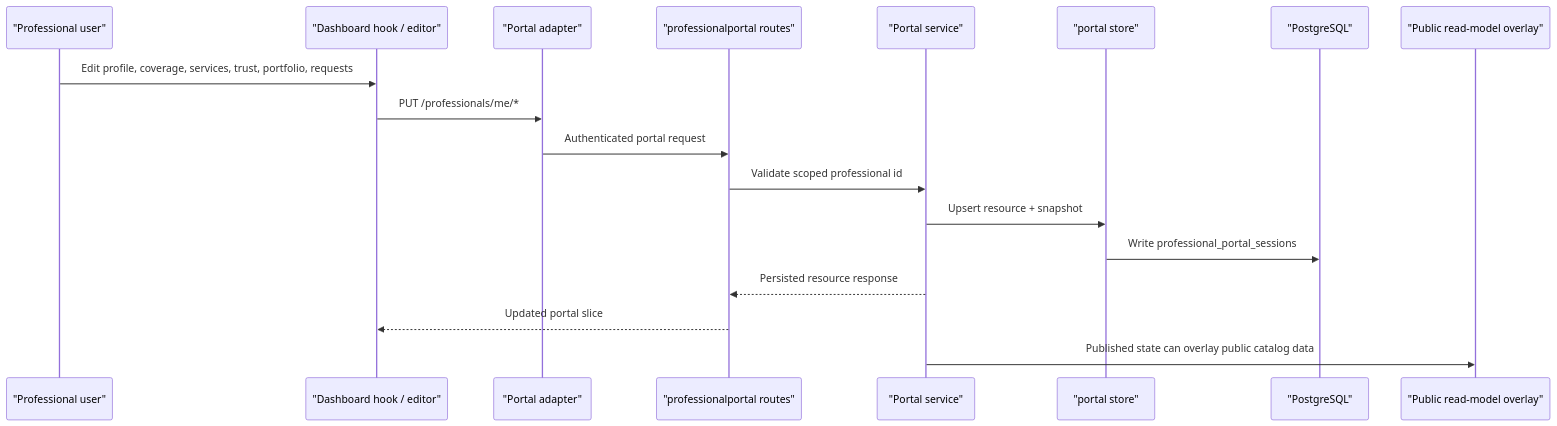
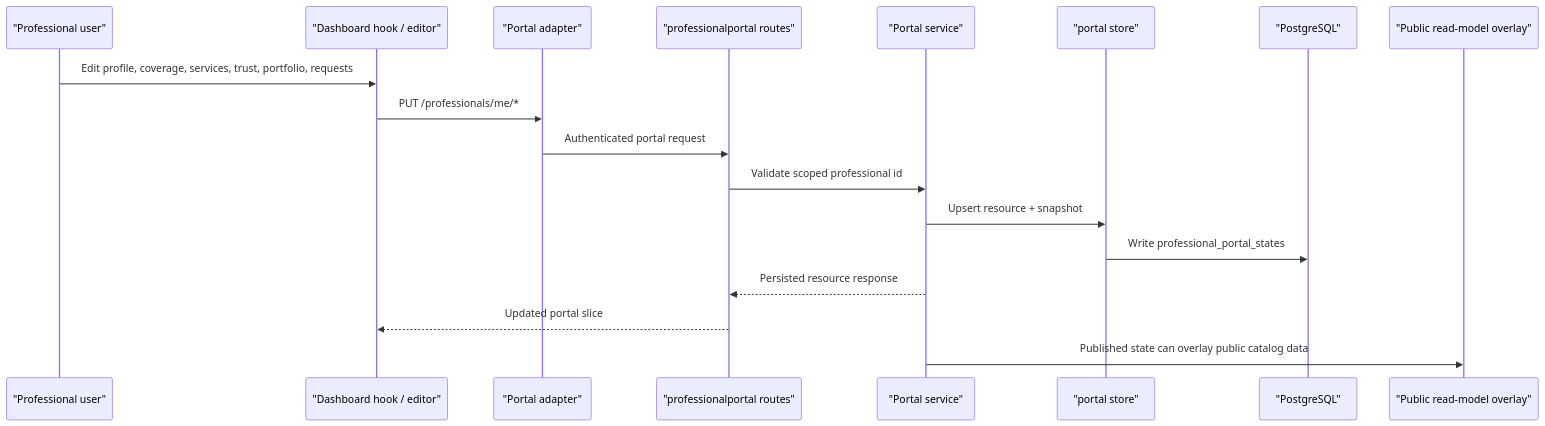
One commit to adyfk/bidanapp changed the eighth of 12 diagrams in docs/system-flow-diagrams.md. Above: the diagram before and after it, drawn with Mermaid. The commit also changed other lines of this file and 164 other files, not shown here.

````diff
--- a/docs/system-flow-diagrams.md
+++ b/docs/system-flow-diagrams.md
@@ -266,21 +266,21 @@
 ```mermaid
 sequenceDiagram
   participant Professional as "Professional user"
   participant FE as "Dashboard hook / editor"
   participant SDK as "Portal adapter"
   participant API as "professionalportal routes"
   participant Service as "Portal service"
   participant Store as "portal store"
   participant DB as "PostgreSQL"
   participant ReadModel as "Public read-model overlay"
 
   Professional->>FE: Edit profile, coverage, services, trust, portfolio, requests
   FE->>SDK: PUT /professionals/me/*
   SDK->>API: Authenticated portal request
   API->>Service: Validate scoped professional id
   Service->>Store: Upsert resource + snapshot
-  Store->>DB: Write professional_portal_sessions
+  Store->>DB: Write professional_portal_states
   Service-->>API: Persisted resource response
   API-->>FE: Updated portal slice
   Service->>ReadModel: Published state can overlay public catalog data
 ```
````
